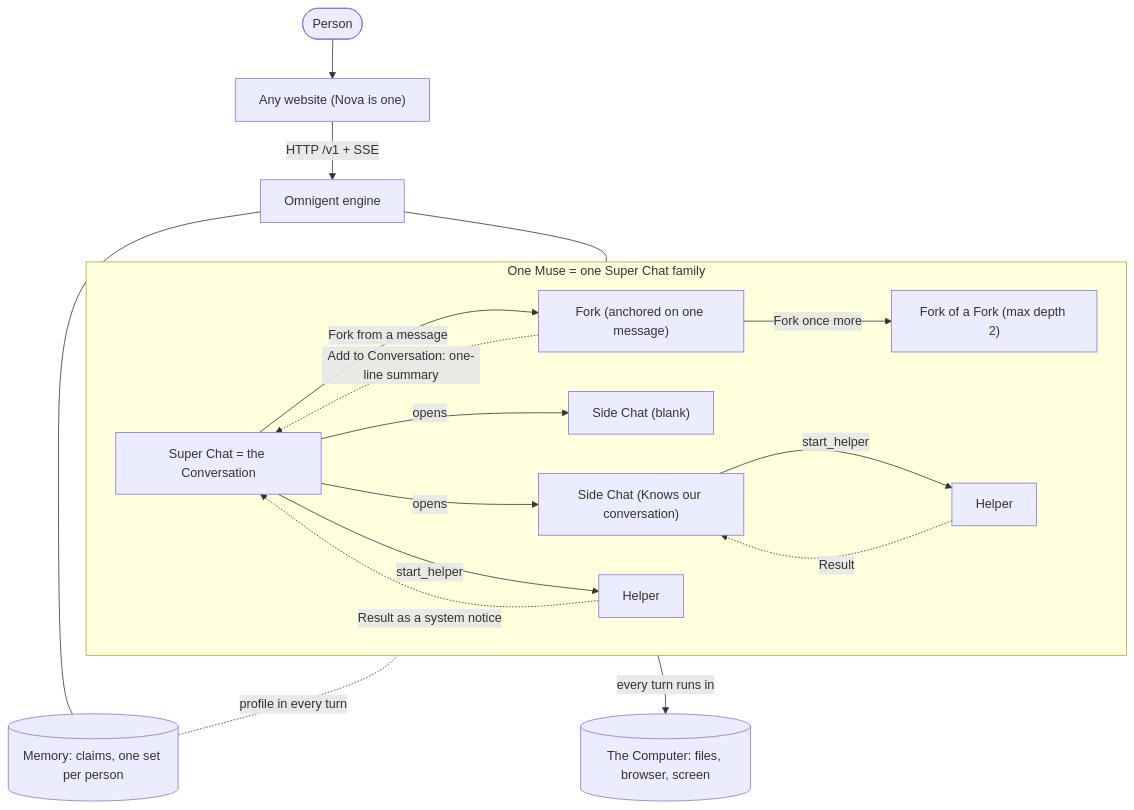
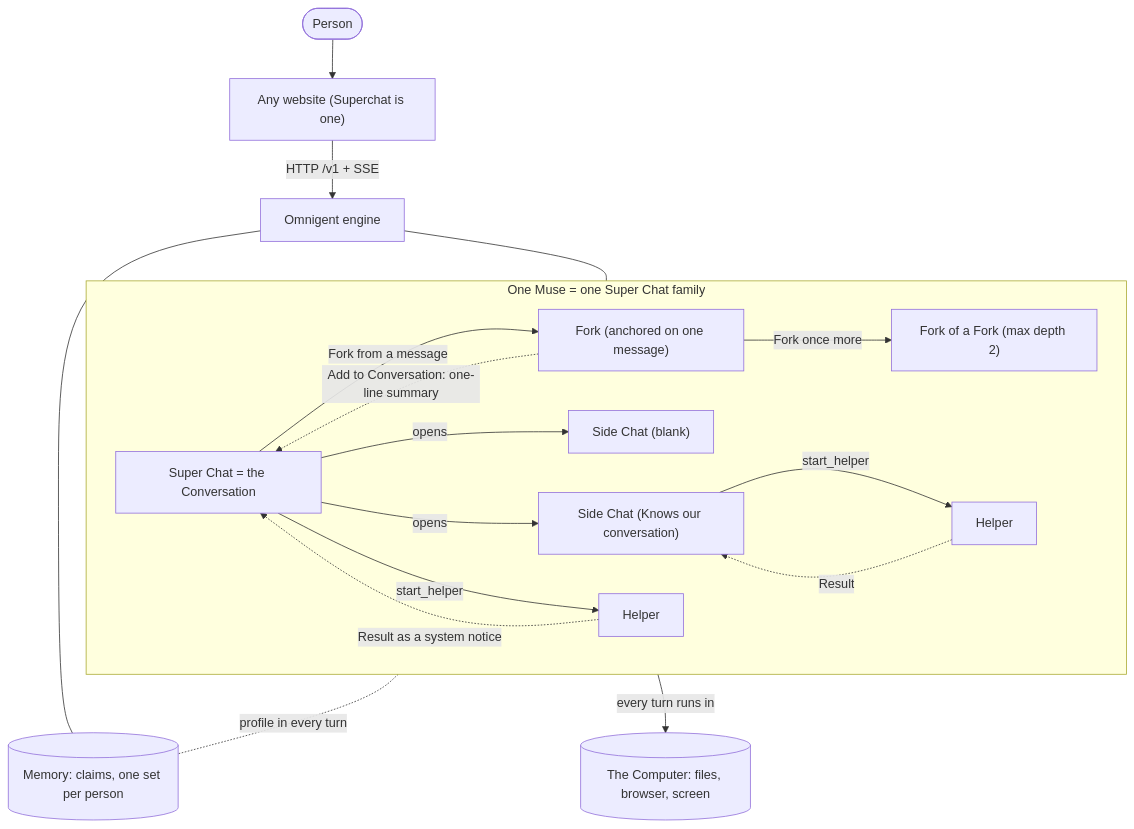
The diagram in docs/super-chat/README.md (routifai/bot-grok), drawn with Mermaid before and after one commit. The commit also changed other lines of this file and 1365 other files, not shown here.

````diff
--- a/docs/super-chat/README.md
+++ b/docs/super-chat/README.md
@@ -48,29 +48,29 @@
 ```mermaid
 flowchart TB
-  person([Person]) --> web["Any website (Nova is one)"]
+  person([Person]) --> web["Any website (Superchat is one)"]
   web -- "HTTP /v1 + SSE" --> engine["Omnigent engine"]
 
   subgraph family["One Muse = one Super Chat family"]
     conv["Super Chat = the Conversation"]
     side1["Side Chat (Knows our conversation)"]
     side2["Side Chat (blank)"]
     fork1["Fork (anchored on one message)"]
     fork2["Fork of a Fork (max depth 2)"]
     help1["Helper"]
     help2["Helper"]
     conv -- "opens" --> side1
     conv -- "opens" --> side2
     conv -- "Fork from a message" --> fork1
     fork1 -- "Fork once more" --> fork2
     conv -- "start_helper" --> help1
     side1 -- "start_helper" --> help2
     help1 -. "Result as a system notice" .-> conv
     help2 -. "Result" .-> side1
     fork1 -. "Add to Conversation: one-line summary" .-> conv
   end
 
   engine --- family
   family -- "every turn runs in" --> computer[("The Computer: files, browser, screen")]
   engine --- memory[("Memory: claims, one set per person")]
   family -. "profile in every turn" .- memory
 ```
````
